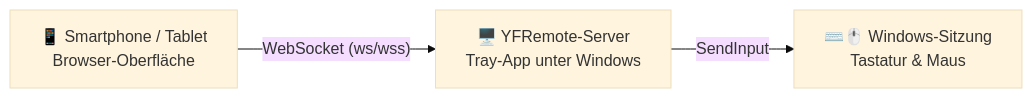
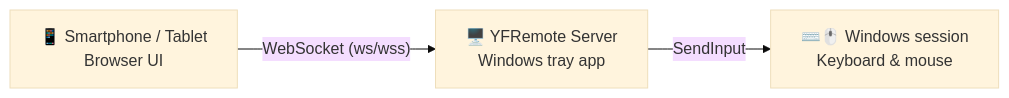
One commit to YannikFroehlich/YFRemote.Server changed the diagram in README.md. Above: the diagram before and after it, drawn with Mermaid (base theme). The commit also changed other lines of this file, not shown here.

````diff
--- a/README.md
+++ b/README.md
@@ -23,5 +23,5 @@
 ```mermaid
 flowchart LR
-    A["📱 Smartphone / Tablet<br/>Browser-Oberfläche"] -- "WebSocket (ws/wss)" --> B["🖥️ YFRemote-Server<br/>Tray-App unter Windows"]
-    B -- "SendInput" --> C["⌨️🖱️ Windows-Sitzung<br/>Tastatur & Maus"]
+    A["📱 Smartphone / Tablet<br/>Browser UI"] -- "WebSocket (ws/wss)" --> B["🖥️ YFRemote Server<br/>Windows tray app"]
+    B -- "SendInput" --> C["⌨️🖱️ Windows session<br/>Keyboard & mouse"]
 ```
````
